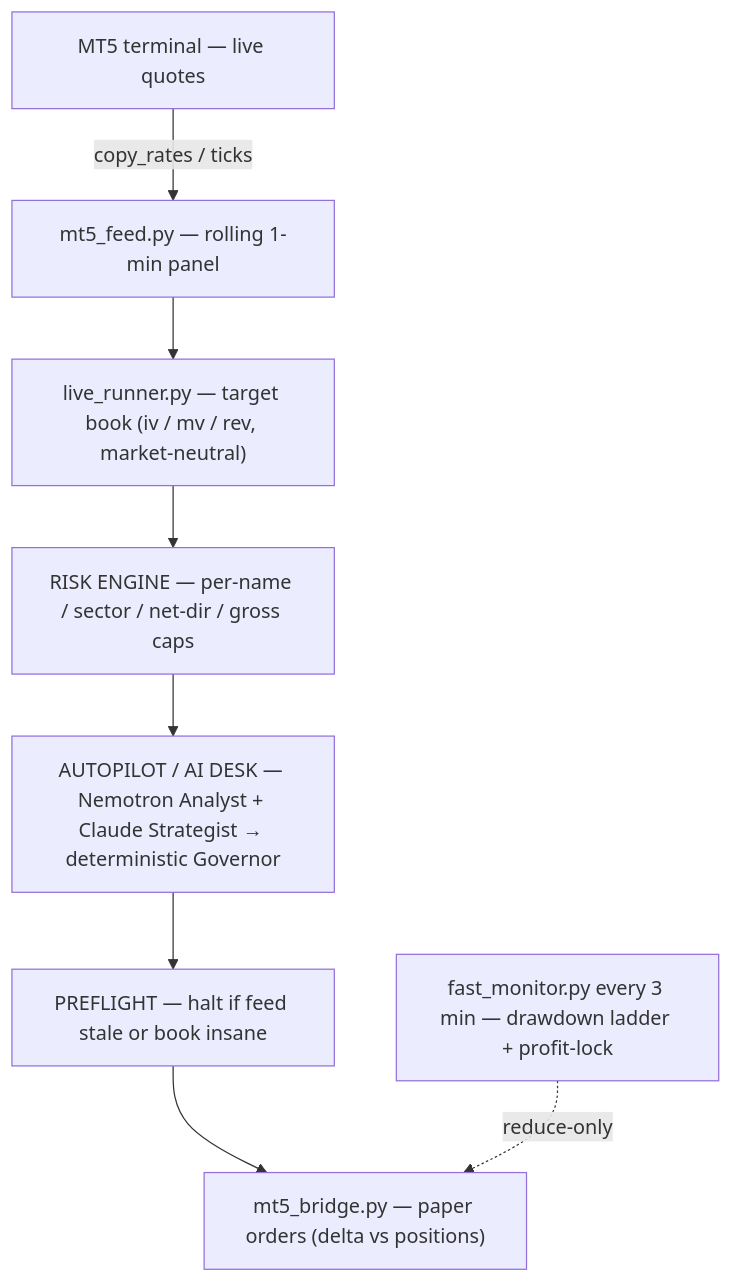
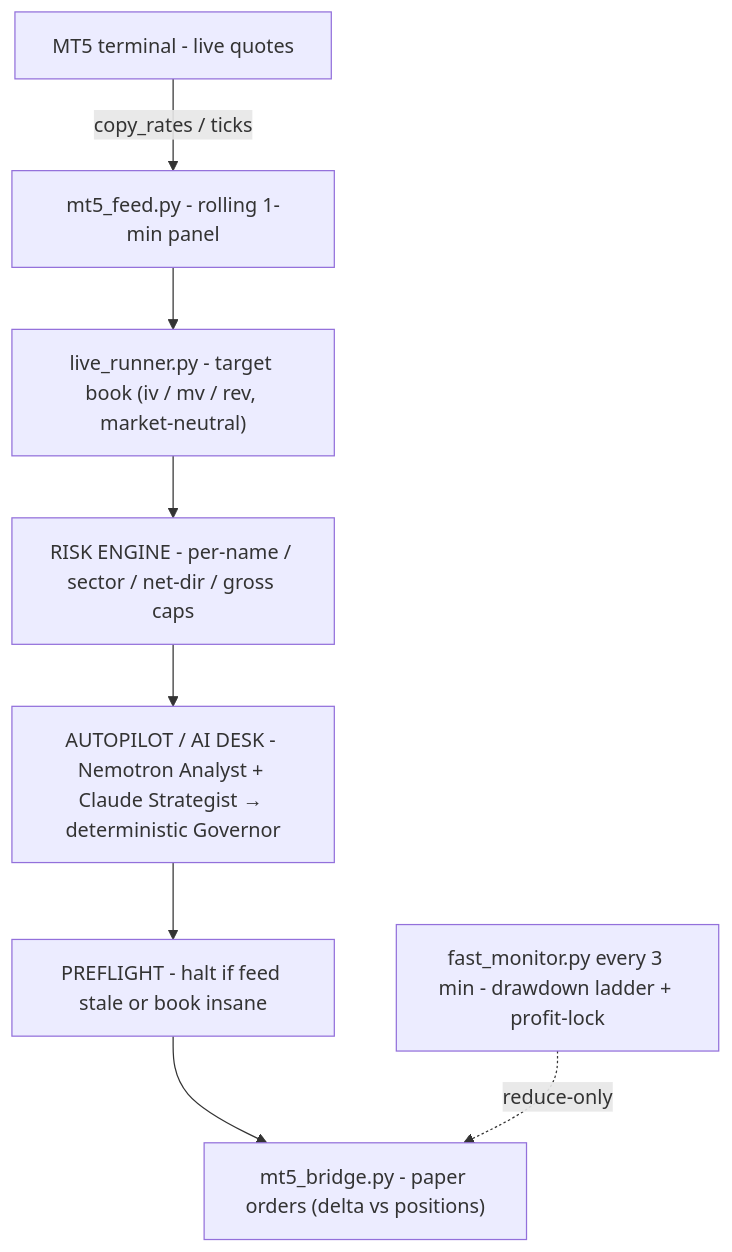
The diagram in README.md (Alex-Lahdiri/Quanthack-Model-to-Market), drawn with Mermaid before and after one commit. The commit also changed other lines of this file and 30 other files, not shown here.

````diff
--- a/README.md
+++ b/README.md
@@ -24,10 +24,10 @@
 ```mermaid
 flowchart TD
-  MT5["MT5 terminal — live quotes"] -->|copy_rates / ticks| FEED["mt5_feed.py — rolling 1-min panel"]
-  FEED --> RUN["live_runner.py — target book (iv / mv / rev, market-neutral)"]
-  RUN --> RISK["RISK ENGINE — per-name / sector / net-dir / gross caps"]
-  RISK --> DESK["AUTOPILOT / AI DESK — Nemotron Analyst + Claude Strategist → deterministic Governor"]
-  DESK --> PRE["PREFLIGHT — halt if feed stale or book insane"]
-  PRE --> BR["mt5_bridge.py — paper orders (delta vs positions)"]
-  FM["fast_monitor.py every 3 min — drawdown ladder + profit-lock"] -.->|reduce-only| BR
+  MT5["MT5 terminal - live quotes"] -->|copy_rates / ticks| FEED["mt5_feed.py - rolling 1-min panel"]
+  FEED --> RUN["live_runner.py - target book (iv / mv / rev, market-neutral)"]
+  RUN --> RISK["RISK ENGINE - per-name / sector / net-dir / gross caps"]
+  RISK --> DESK["AUTOPILOT / AI DESK - Nemotron Analyst + Claude Strategist → deterministic Governor"]
+  DESK --> PRE["PREFLIGHT - halt if feed stale or book insane"]
+  PRE --> BR["mt5_bridge.py - paper orders (delta vs positions)"]
+  FM["fast_monitor.py every 3 min - drawdown ladder + profit-lock"] -.->|reduce-only| BR
 ```
````
